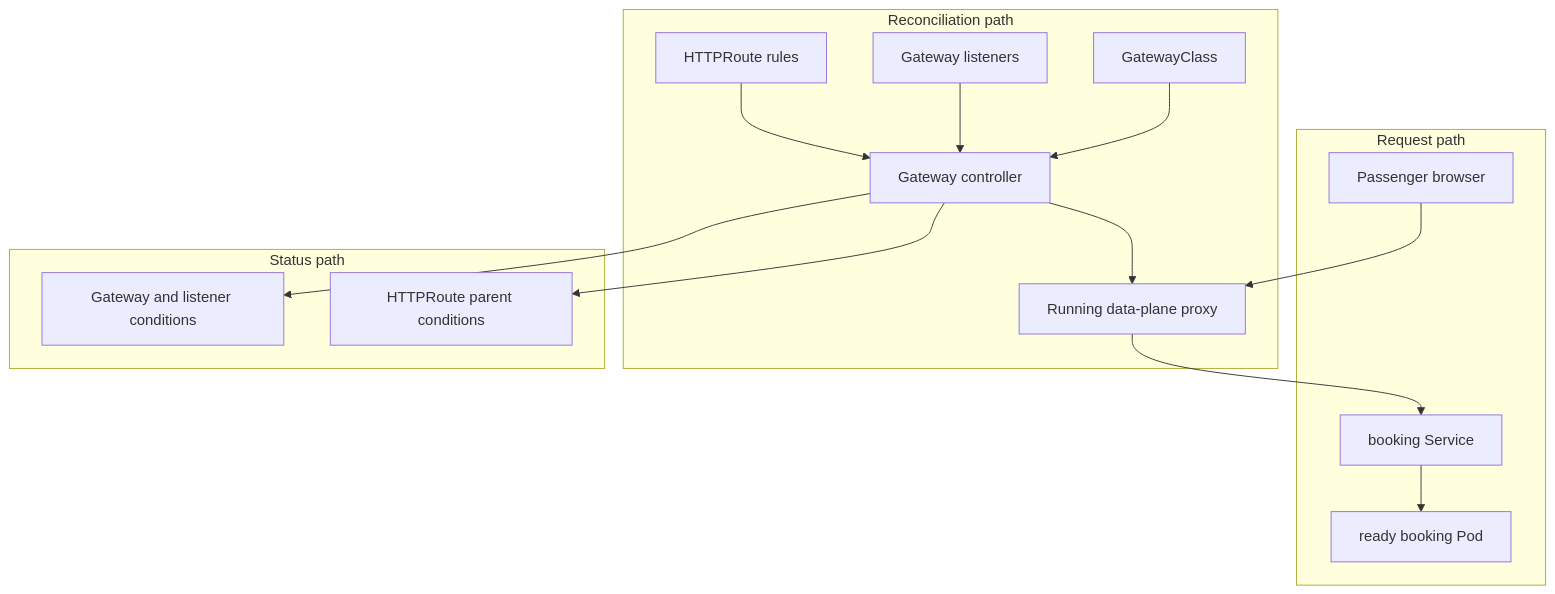
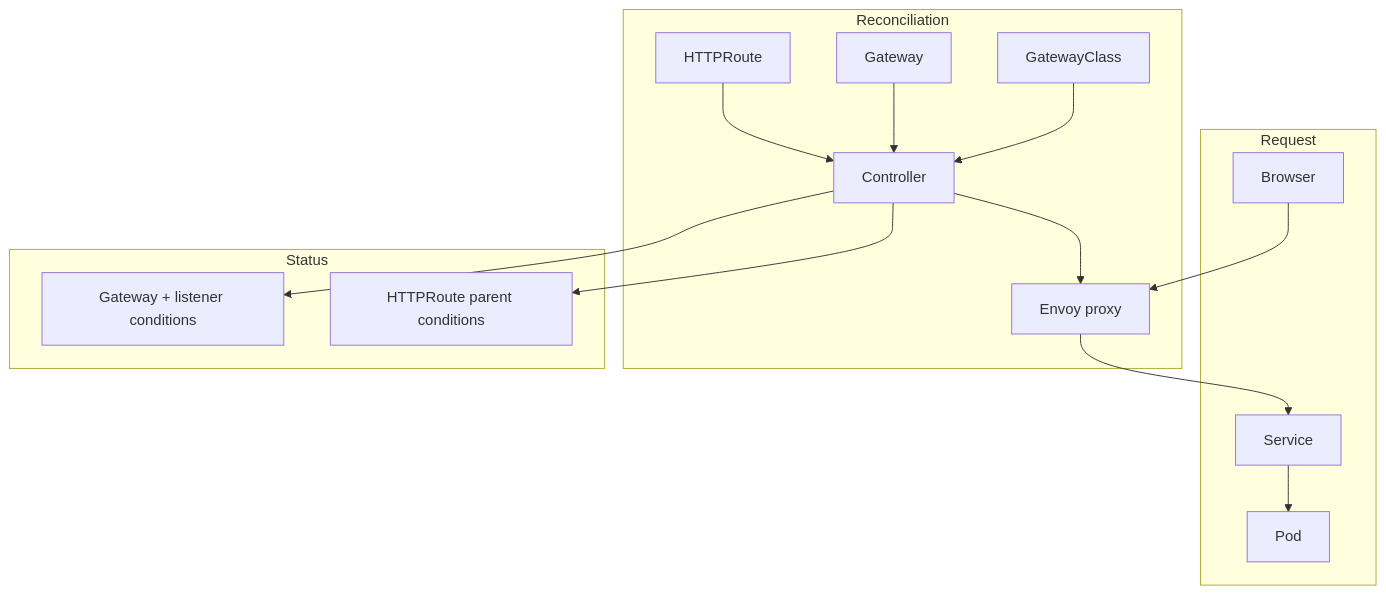
Before and after one commit to darshan-raul/apollo11-docs: the diagram in docs/learn/networking/gateway-api.md, drawn with Mermaid. The commit also changed other lines of this file and 55 other files, not shown here.

````diff
--- a/docs/learn/networking/gateway-api.md
+++ b/docs/learn/networking/gateway-api.md
@@ -223,18 +46,16 @@
 ```mermaid
 flowchart TB
-  subgraph Reconciliation[Reconciliation path]
-    GC[GatewayClass] --> Controller[Gateway controller]
-    G[Gateway listeners] --> Controller
-    R[HTTPRoute rules] --> Controller
-    Controller --> Proxy[Running data-plane proxy]
+  subgraph Reconcile[Reconciliation]
+    GC[GatewayClass] --> Ctl[Controller]
+    G[Gateway] --> Ctl
+    R[HTTPRoute] --> Ctl
+    Ctl --> Proxy[Envoy proxy]
   end
-  subgraph Request[Request path]
-    Browser[Passenger browser] --> Proxy
-    Proxy --> Service[booking Service]
-    Service --> Pod[ready booking Pod]
+  subgraph Request[Request]
+    Browser --> Proxy --> Svc[Service] --> Pod
   end
-  subgraph Status[Status path]
-    Controller --> GStatus[Gateway and listener conditions]
-    Controller --> RStatus[HTTPRoute parent conditions]
+  subgraph Status[Status]
+    Ctl --> GS[Gateway + listener conditions]
+    Ctl --> RS[HTTPRoute parent conditions]
   end
 ```
````
